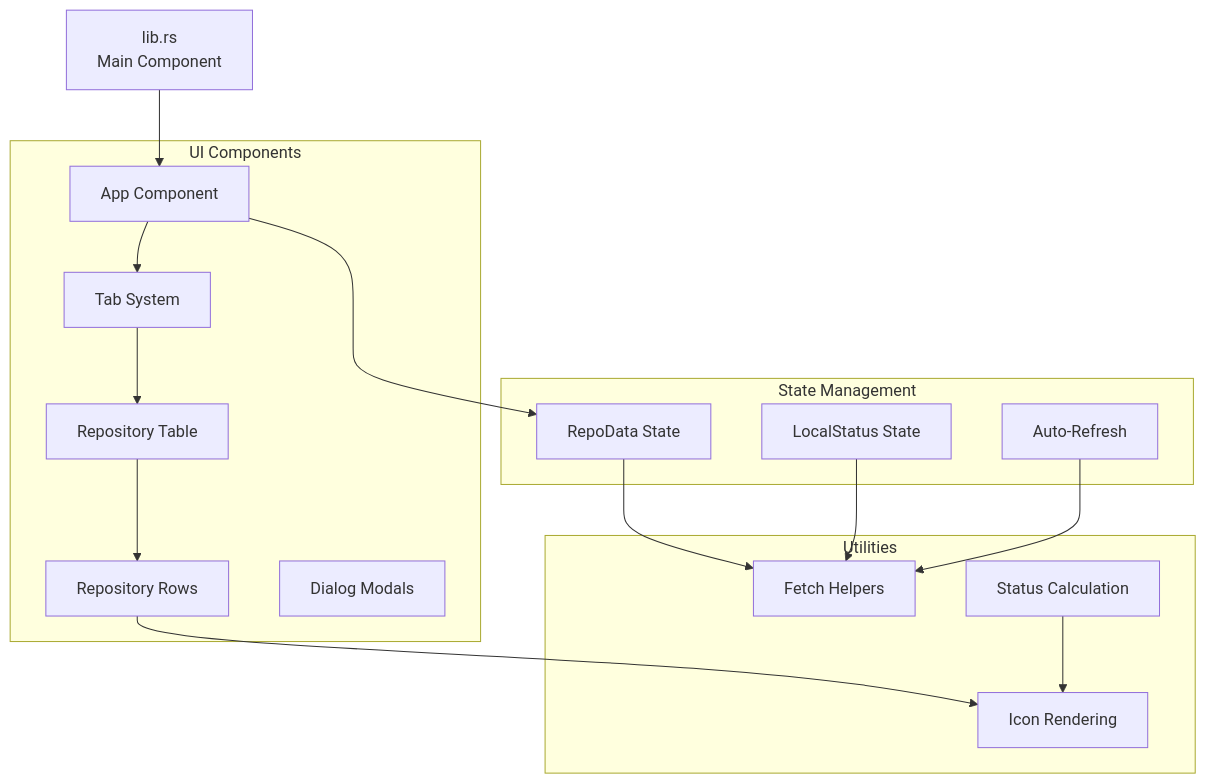
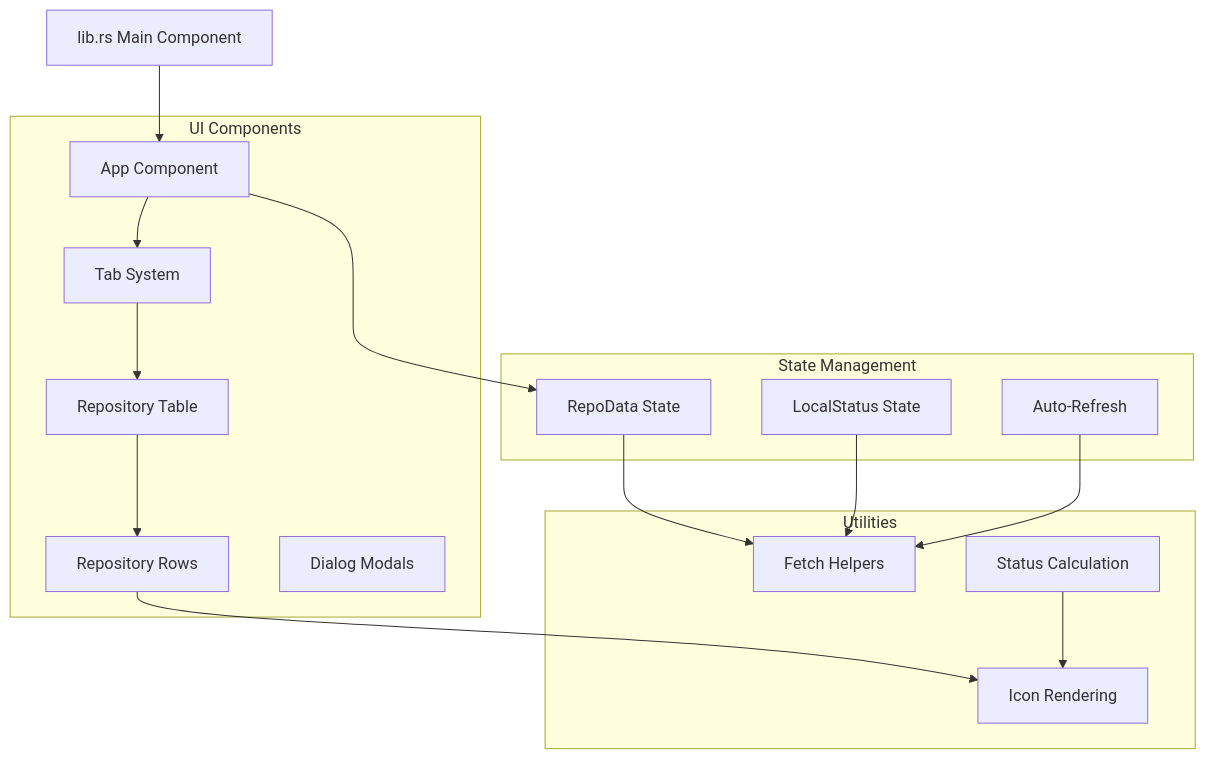
Before and after one commit to softwarewrighter/overall: the fourth of 11 diagrams in wiki/Architecture-Overview.md, drawn with Mermaid. The commit also changed other lines of this file and 4 other files, not shown here.

First line of the commit message:
Fix wiki Mermaid diagrams: remove <br/> tags

````diff
--- a/wiki/Architecture-Overview.md
+++ b/wiki/Architecture-Overview.md
@@ -204,37 +204,37 @@
 ```mermaid
 graph TB
-    Lib[lib.rs<br/>Main Component]
+    Lib[lib.rs Main Component]
 
     subgraph "UI Components"
         App[App Component]
         Tabs[Tab System]
         Table[Repository Table]
         Row[Repository Rows]
         Dialogs[Dialog Modals]
     end
 
     subgraph "State Management"
         Data[RepoData State]
         Local[LocalStatus State]
         Refresh[Auto-Refresh]
     end
 
     subgraph "Utilities"
         Fetch[Fetch Helpers]
         Status[Status Calculation]
         Icons[Icon Rendering]
     end
 
     Lib --> App
     App --> Tabs
     App --> Data
     Tabs --> Table
     Table --> Row
     Row --> Icons
 
     Data --> Fetch
     Local --> Fetch
     Status --> Icons
 
     Refresh --> Fetch
 ```
````
